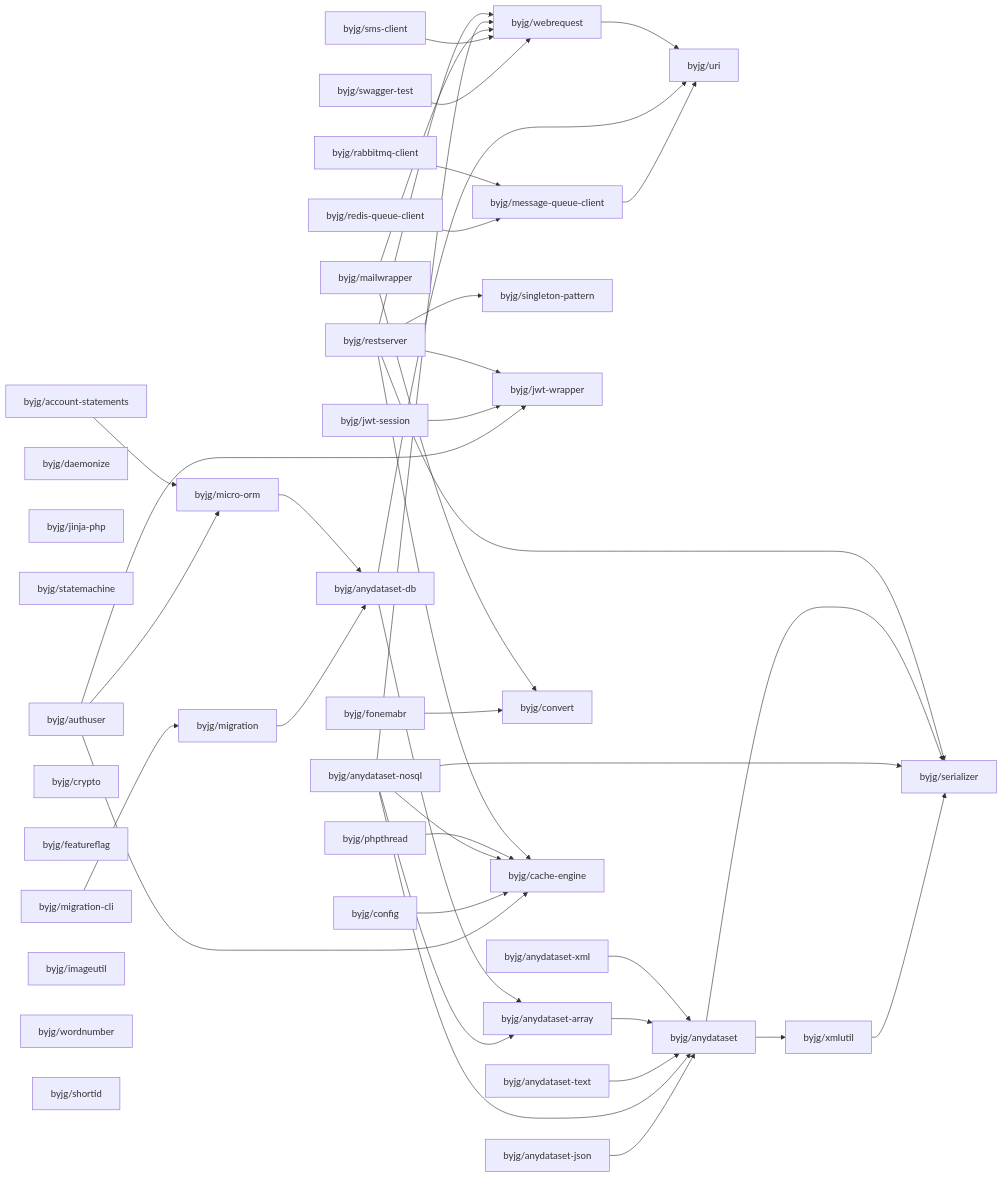
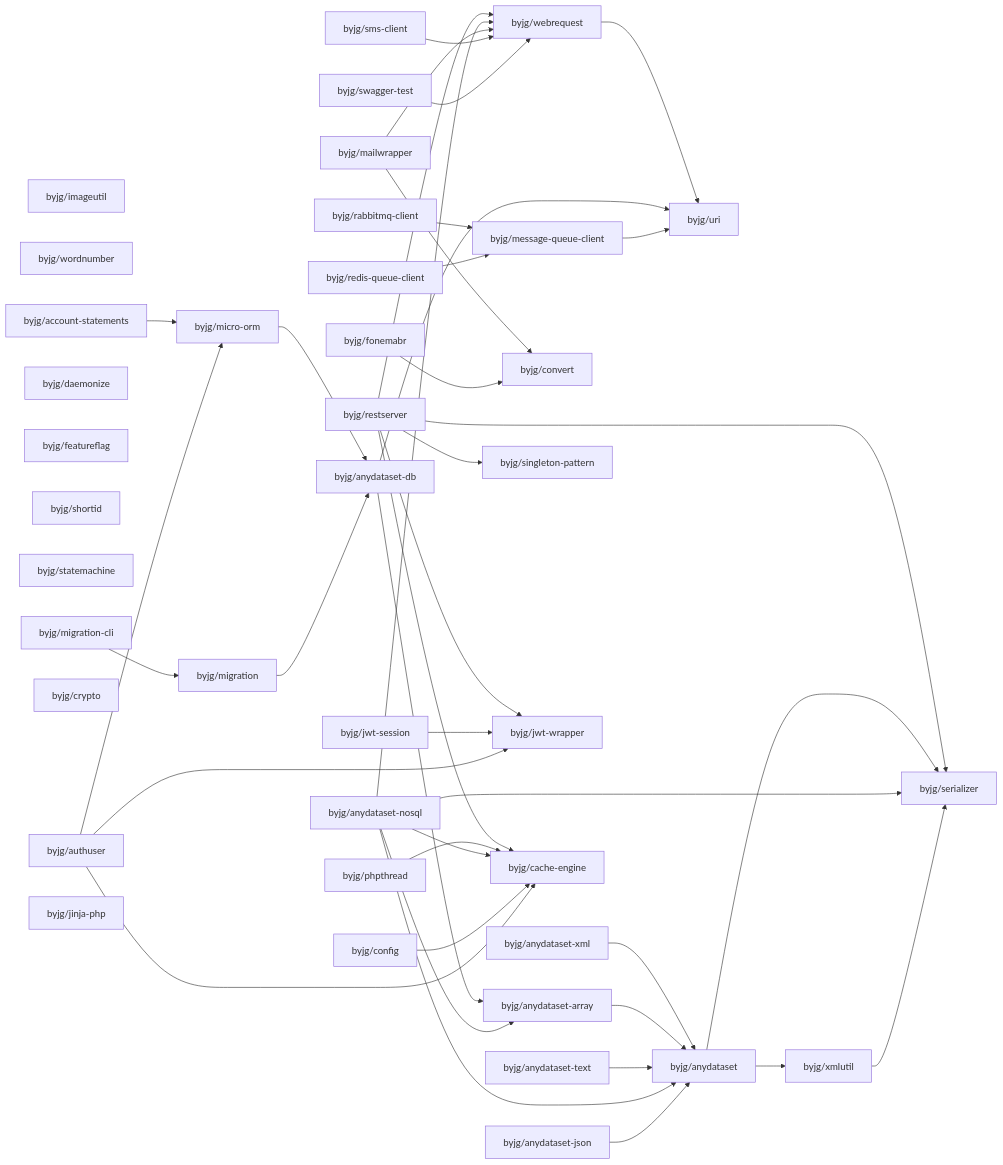
The diagram in docs/php/README.md (byjg/byjg.github.io), drawn with Mermaid before and after one commit. The commit also changed other lines of this file, not shown here.

Commit message:
Update documentation 'php' 'php-anydataset-db'

````diff
--- a/docs/php/README.md
+++ b/docs/php/README.md
@@ -3,80 +3,80 @@
 ```mermaid
 graph LR;
   byjg/swagger-test;
-  byjg/account-statements;
-  byjg/daemonize;
-  byjg/anydataset-xml;
-  byjg/jinja-php;
-  byjg/restserver;
-  byjg/statemachine;
-  byjg/config;
-  byjg/anydataset-json;
-  byjg/authuser;
+  byjg/sms-client;
+  byjg/imageutil;
   byjg/fonemabr;
-  byjg/redis-queue-client;
-  byjg/crypto;
-  byjg/jwt-session;
   byjg/rabbitmq-client;
-  byjg/sms-client;
-  byjg/featureflag;
-  byjg/migration-cli;
-  byjg/anydataset-nosql;
-  byjg/imageutil;
-  byjg/anydataset-text;
-  byjg/mailwrapper;
   byjg/phpthread;
   byjg/wordnumber;
+  byjg/migration-cli;
+  byjg/anydataset-xml;
+  byjg/jwt-session;
+  byjg/daemonize;
+  byjg/featureflag;
+  byjg/mailwrapper;
+  byjg/anydataset-json;
   byjg/shortid;
-  byjg/singleton-pattern;
-  byjg/micro-orm;
-  byjg/jwt-wrapper;
-  byjg/message-queue-client;
+  byjg/statemachine;
+  byjg/authuser;
+  byjg/anydataset-text;
+  byjg/crypto;
+  byjg/redis-queue-client;
+  byjg/account-statements;
+  byjg/restserver;
+  byjg/anydataset-nosql;
+  byjg/jinja-php;
+  byjg/config;
   byjg/migration;
   byjg/convert;
+  byjg/message-queue-client;
+  byjg/micro-orm;
+  byjg/singleton-pattern;
+  byjg/jwt-wrapper;
   byjg/webrequest;
   byjg/cache-engine;
   byjg/anydataset-db;
   byjg/anydataset-array;
   byjg/uri;
   byjg/anydataset;
   byjg/xmlutil;
   byjg/serializer;
   byjg/migration --> byjg/anydataset-db;
   byjg/fonemabr --> byjg/convert;
   byjg/swagger-test --> byjg/webrequest;
   byjg/authuser --> byjg/micro-orm;
   byjg/authuser --> byjg/cache-engine;
   byjg/authuser --> byjg/jwt-wrapper;
   byjg/config --> byjg/cache-engine;
   byjg/message-queue-client --> byjg/uri;
   byjg/sms-client --> byjg/webrequest;
   byjg/xmlutil --> byjg/serializer;
   byjg/anydataset-json --> byjg/anydataset;
   byjg/mailwrapper --> byjg/convert;
   byjg/mailwrapper --> byjg/webrequest;
   byjg/anydataset-nosql --> byjg/anydataset;
   byjg/anydataset-nosql --> byjg/anydataset-array;
   byjg/anydataset-nosql --> byjg/serializer;
   byjg/anydataset-nosql --> byjg/webrequest;
   byjg/anydataset-nosql --> byjg/cache-engine;
   byjg/migration-cli --> byjg/migration;
   byjg/redis-queue-client --> byjg/message-queue-client;
   byjg/jwt-session --> byjg/jwt-wrapper;
   byjg/anydataset --> byjg/serializer;
   byjg/anydataset --> byjg/xmlutil;
   byjg/anydataset-db --> byjg/anydataset-array;
   byjg/anydataset-db --> byjg/uri;
   byjg/phpthread --> byjg/cache-engine;
   byjg/anydataset-text --> byjg/anydataset;
   byjg/restserver --> byjg/serializer;
   byjg/restserver --> byjg/singleton-pattern;
   byjg/restserver --> byjg/cache-engine;
   byjg/restserver --> byjg/webrequest;
   byjg/restserver --> byjg/jwt-wrapper;
   byjg/account-statements --> byjg/micro-orm;
   byjg/webrequest --> byjg/uri;
   byjg/micro-orm --> byjg/anydataset-db;
   byjg/anydataset-array --> byjg/anydataset;
   byjg/anydataset-xml --> byjg/anydataset;
   byjg/rabbitmq-client --> byjg/message-queue-client;
 ```
````
